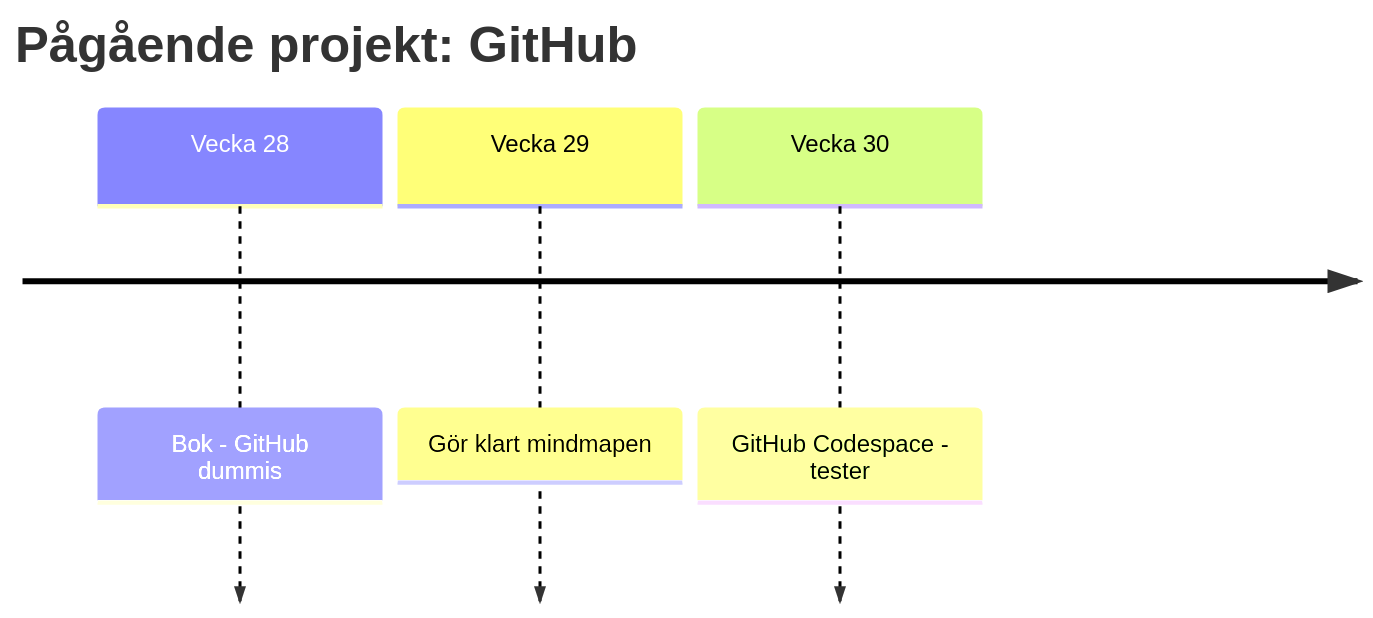
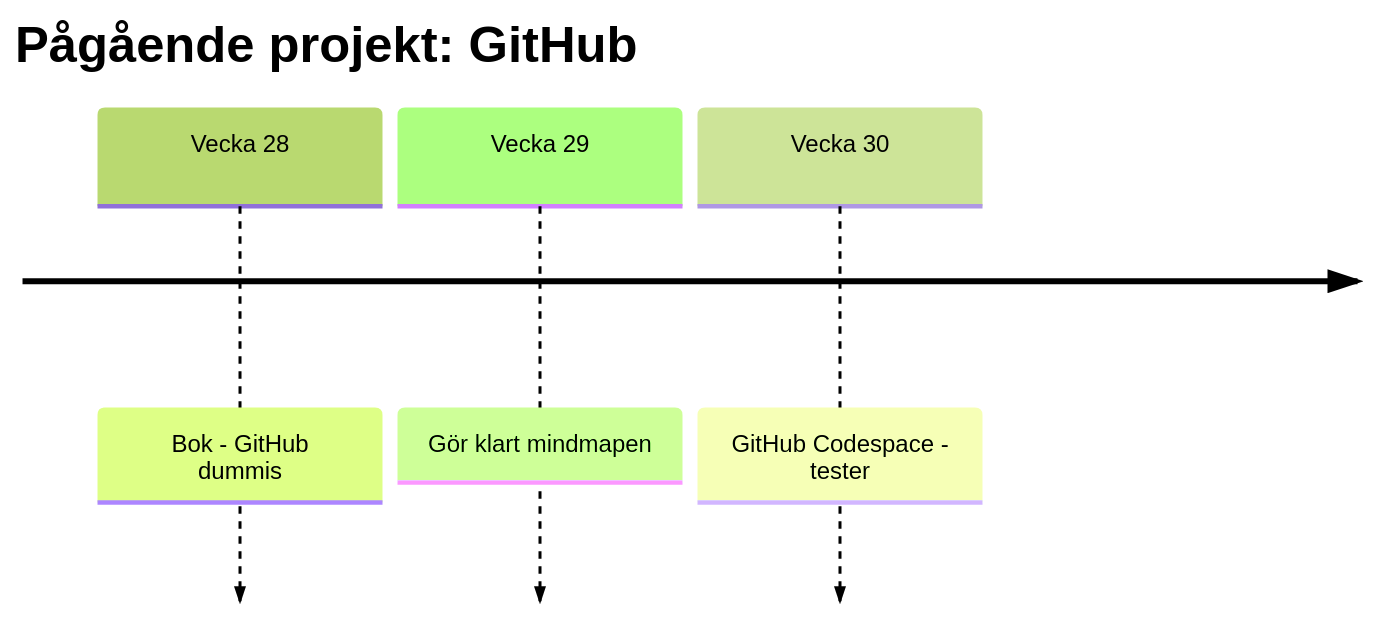
One commit to steble70/scriptlab changed the second of 2 diagrams in README.md. Above: the diagram before and after it, drawn with Mermaid.

````diff
--- a/README.md
+++ b/README.md
@@ -17,7 +17,8 @@
 ```mermaid
+%%{init: {'theme':'forest'}}%%
 timeline
     title Pågående projekt: GitHub
     Vecka 28 : Bok - GitHub dummis
     Vecka 29 : Gör klart mindmapen
     Vecka 30 : GitHub Codespace - tester
 ```
````
